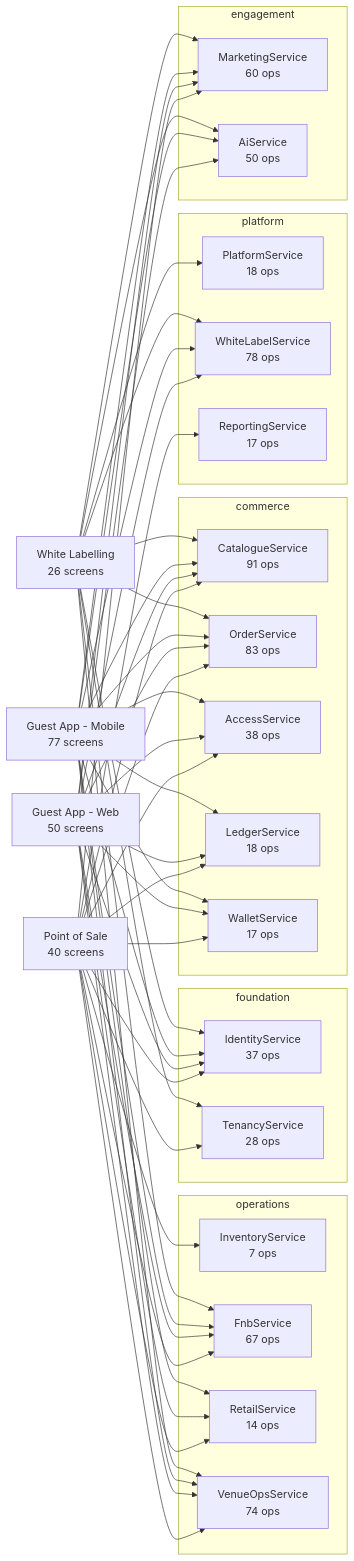
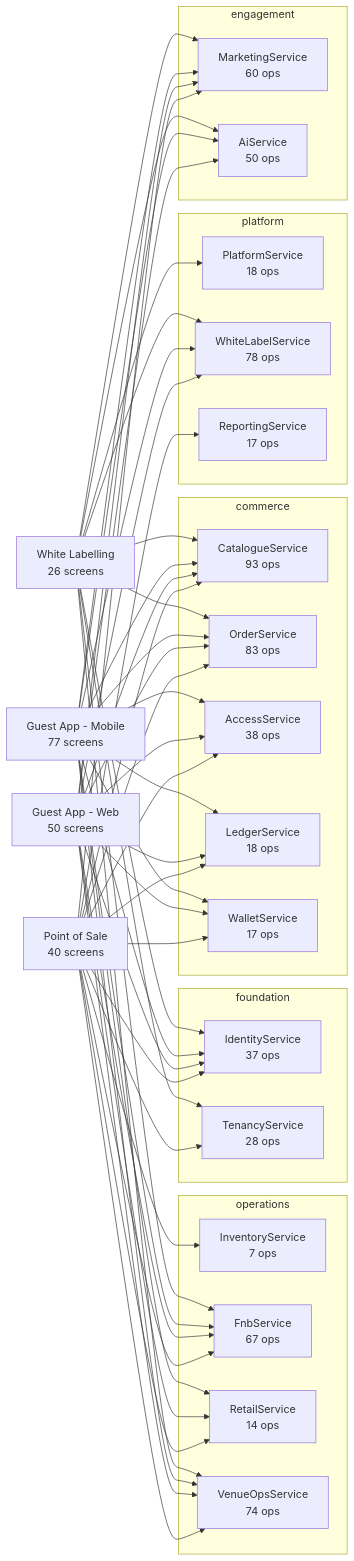
One commit to Diretide298/Solution_Architecture changed the diagram in ticvai/repos/ticvai-infra/project-bible/handoff/service-docs/README.md. Above: the diagram before and after it, drawn with Mermaid. The commit also changed other lines of this file and 4524 other files, not shown here.

````diff
--- a/ticvai/repos/ticvai-infra/project-bible/handoff/service-docs/README.md
+++ b/ticvai/repos/ticvai-infra/project-bible/handoff/service-docs/README.md
@@ -9,80 +9,80 @@
 ```mermaid
 flowchart LR
   POS["Point of Sale<br/>40 screens"]
   WEB["Guest App - Web<br/>50 screens"]
   MOB["Guest App - Mobile<br/>77 screens"]
   WL["White Labelling<br/>26 screens"]
   subgraph foundation
     IdentityService["IdentityService<br/>37 ops"]
     TenancyService["TenancyService<br/>28 ops"]
   end
   subgraph commerce
-    CatalogueService["CatalogueService<br/>91 ops"]
+    CatalogueService["CatalogueService<br/>93 ops"]
     OrderService["OrderService<br/>83 ops"]
     AccessService["AccessService<br/>38 ops"]
     LedgerService["LedgerService<br/>18 ops"]
     WalletService["WalletService<br/>17 ops"]
   end
   subgraph operations
     InventoryService["InventoryService<br/>7 ops"]
     FnbService["FnbService<br/>67 ops"]
     RetailService["RetailService<br/>14 ops"]
     VenueOpsService["VenueOpsService<br/>74 ops"]
   end
   subgraph engagement
     MarketingService["MarketingService<br/>60 ops"]
     AiService["AiService<br/>50 ops"]
   end
   subgraph platform
     PlatformService["PlatformService<br/>18 ops"]
     WhiteLabelService["WhiteLabelService<br/>78 ops"]
     ReportingService["ReportingService<br/>17 ops"]
   end
   POS --> OrderService
   WEB --> OrderService
   MOB --> OrderService
   WL --> OrderService
   POS --> CatalogueService
   WEB --> CatalogueService
   MOB --> CatalogueService
   WL --> CatalogueService
   POS --> AccessService
   WEB --> AccessService
   MOB --> AccessService
   WL --> PlatformService
   POS --> MarketingService
   WEB --> MarketingService
   MOB --> MarketingService
   WL --> MarketingService
   POS --> VenueOpsService
   WEB --> VenueOpsService
   MOB --> VenueOpsService
   WL --> VenueOpsService
   POS --> TenancyService
   WL --> TenancyService
   POS --> ReportingService
   POS --> FnbService
   WEB --> FnbService
   MOB --> FnbService
   WL --> FnbService
   POS --> InventoryService
   POS --> WalletService
   WEB --> WalletService
   MOB --> WalletService
   POS --> IdentityService
   WEB --> IdentityService
   MOB --> IdentityService
   WL --> IdentityService
   WEB --> WhiteLabelService
   MOB --> WhiteLabelService
   WL --> WhiteLabelService
   WEB --> AiService
   MOB --> AiService
   WL --> AiService
   POS --> LedgerService
   WEB --> LedgerService
   MOB --> LedgerService
   POS --> RetailService
   WEB --> RetailService
   MOB --> RetailService
 ```
````
